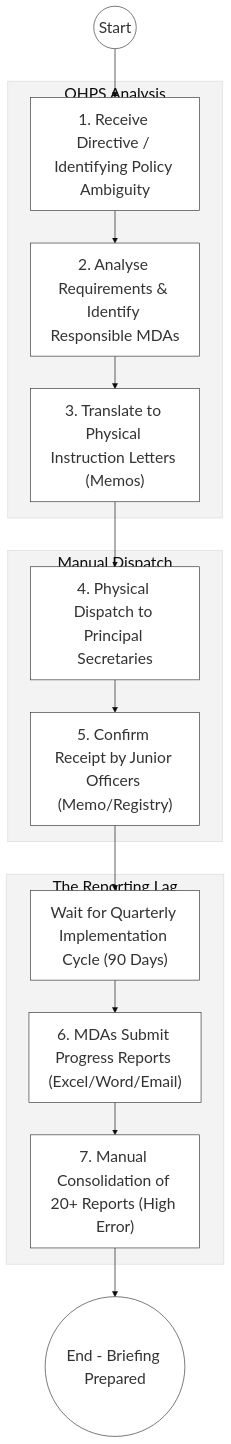
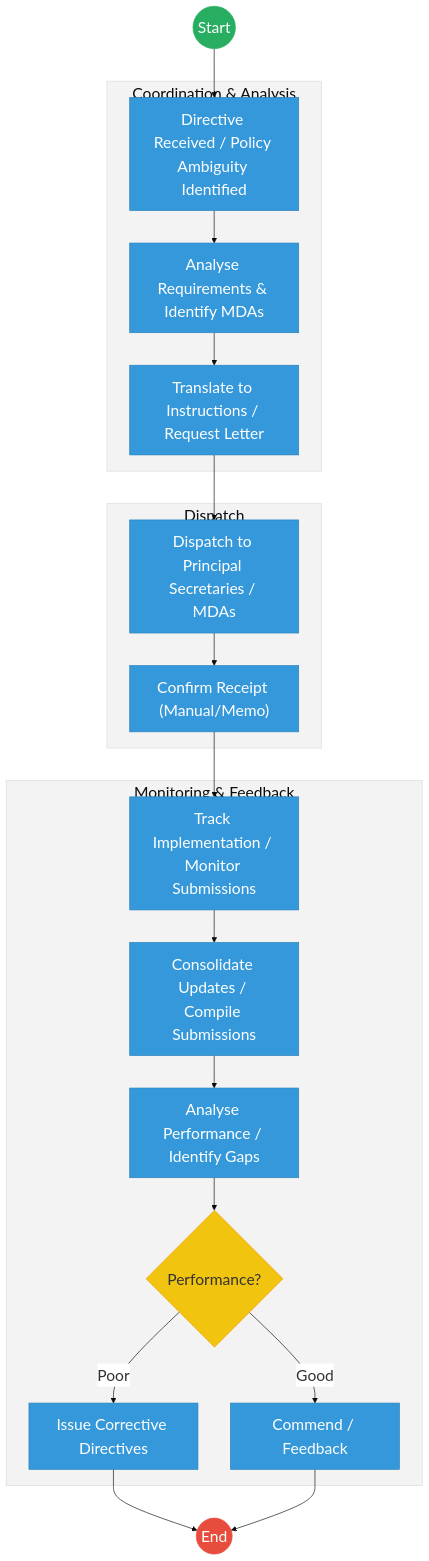
The first of 2 diagrams in mdas/docs_final/priority_mdas/OFFICE_OF_THE_HEAD_OF_PUBLIC_SERVICE_OHPS___Executive_Coordination.md (BITZ-IT-Consulting-LTD/ictapoc), drawn with Mermaid before and after one commit. The commit also changed other lines of this file and 90 other files, not shown here.

````diff
--- a/mdas/docs_final/priority_mdas/OFFICE_OF_THE_HEAD_OF_PUBLIC_SERVICE_OHPS___Executive_Coordination.md
+++ b/mdas/docs_final/priority_mdas/OFFICE_OF_THE_HEAD_OF_PUBLIC_SERVICE_OHPS___Executive_Coordination.md
@@ -77,23 +29,37 @@
 ```mermaid
 %%{init: { 'theme': 'base', 'themeVariables': { 'fontSize': '24px', 'fontFamily': 'Inter, system-ui, sans-serif', 'primaryColor': '#ffffff', 'edgeLabelBackground':'#ffffff', 'tertiaryColor': '#f3f3f3', 'mainBkg': '#ffffff', 'nodeBorder': '#333333' } } }%%
-flowchart TD
-    Start((Start)) --> Directive["1. Receive Directive / Identifying Policy Ambiguity"]
+graph TD
+    Start((Start)) --> Directive["Directive Received / Policy Ambiguity Identified"]
     
-    subgraph Analysis_Silo["OHPS Analysis"]
-        Directive --> Analyze["2. Analyse Requirements & Identify Responsible MDAs"]
-        Analyze --> Translate["3. Translate to Physical Instruction Letters (Memos)"]
+    subgraph Analysis["Coordination & Analysis"]
+        Directive --> Analyze["Analyse Requirements & Identify MDAs"]
+        Analyze --> Translate["Translate to Instructions / Request Letter"]
     end
+    
+    subgraph Dissemination [Dispatch]
+        Translate --> Dispatch["Dispatch to Principal Secretaries / MDAs"]
+        Dispatch --> Receipt["Confirm Receipt (Manual/Memo)"]
+    end
+    
+    subgraph Monitoring["Monitoring & Feedback"]
+        Receipt --> Track["Track Implementation / Monitor Submissions"]
+        Track --> Consolidate["Consolidate Updates / Compile Submissions"]
+        Consolidate --> Assess["Analyse Performance / Identify Gaps"]
+        Assess --> Perf{"Performance?"}
+        
+        Perf -- "Good" --> Commend["Commend / Feedback"]
+        Perf -- "Poor" --> Corrective["Issue Corrective Directives"]
+    end
+    
+    Corrective --> End((End))
+    Commend --> End
 
-    subgraph Dissemination_Layer["Manual Dispatch"]
-        Translate --> Dispatch["4. Physical Dispatch to Principal Secretaries"]
-        Dispatch --> Receipt["5. Confirm Receipt by Junior Officers (Memo/Registry)"]
-    end
-
-    subgraph Monitoring_Silo["The Reporting Lag"]
-        Receipt --> Wait["Wait for Quarterly Implementation Cycle (90 Days)"]
-        Wait --> SubProg["6. MDAs Submit Progress Reports (Excel/Word/Email)"]
-        SubProg --> Consolidate["7. Manual Consolidation of 20+ Reports (High Error)"]
-    end
-
-    Consolidate --> EndProcess(("End - Briefing Prepared"))
+    classDef start fill:#27ae60,stroke:#27ae60,color:#fff,font-size:24px,font-size:24px;;
+    classDef endNode fill:#e74c3c,stroke:#e74c3c,color:#fff,font-size:24px,font-size:24px;;
+    classDef userTask fill:#3498db,stroke:#2980b9,color:#fff,font-size:24px,font-size:24px;;
+    classDef gateway fill:#f1c40f,stroke:#f39c12,color:#333,font-size:24px,font-size:24px;;
+    class Start start;
+    class End endNode;
+    class Perf gateway;
+    class Directive,Analyze,Translate,Dispatch,Receipt,Track,Consolidate,Assess,Commend,Corrective userTask;
 ```
````
